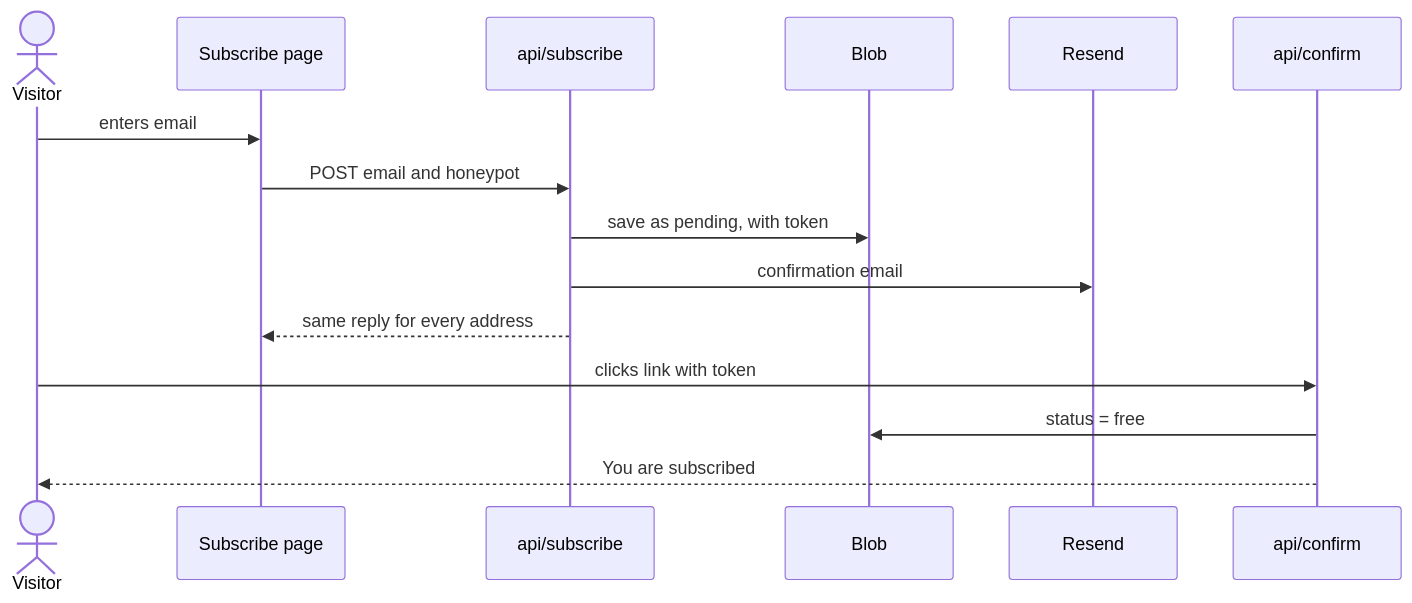
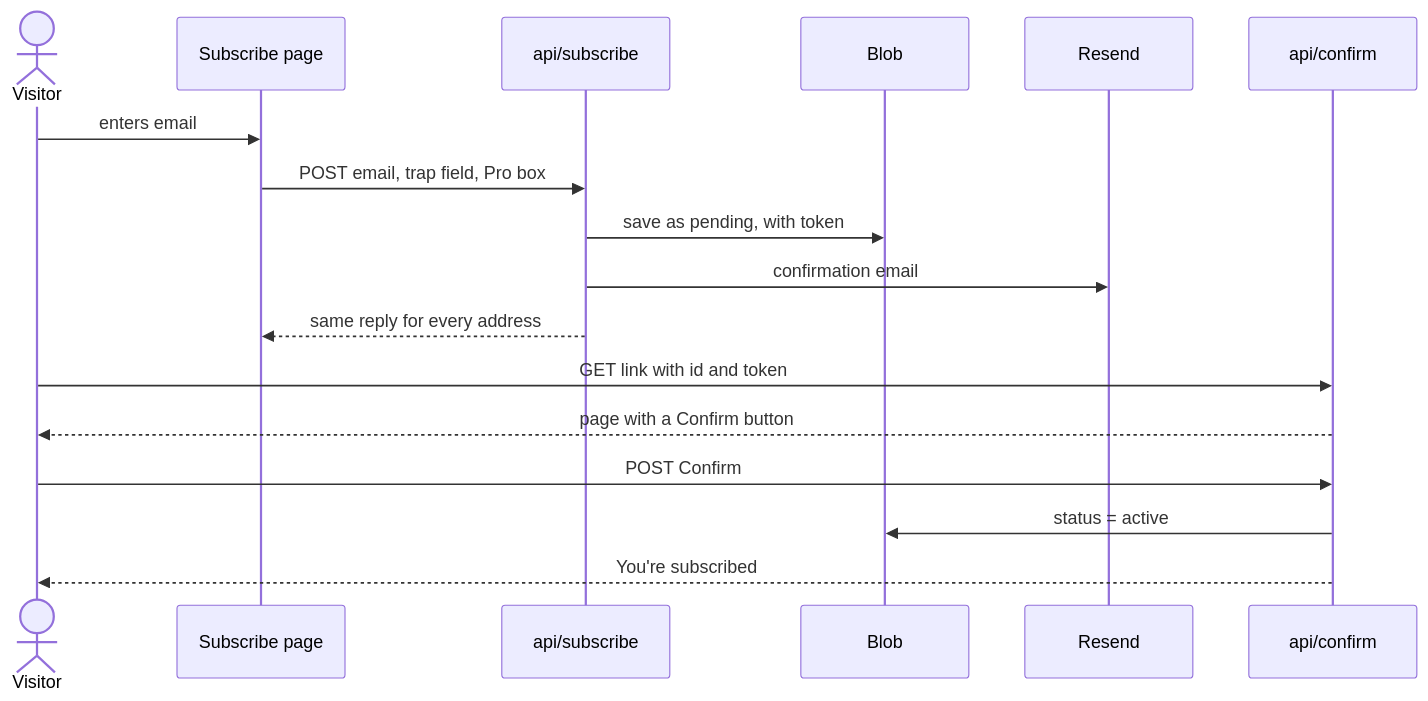
The second of 6 diagrams in docs/subscriptions/architecture.md (bhawnamanglapm/travel-problem-radar-case-study), drawn with Mermaid before and after one commit. The commit also changed other lines of this file and 1 other file, not shown here.

````diff
--- a/docs/subscriptions/architecture.md
+++ b/docs/subscriptions/architecture.md
@@ -63,17 +67,19 @@
 ```mermaid
 sequenceDiagram
   actor U as Visitor
   participant P as Subscribe page
   participant S as api/subscribe
   participant B as Blob
   participant R as Resend
   participant C as api/confirm
   U->>P: enters email
-  P->>S: POST email and honeypot
+  P->>S: POST email, trap field, Pro box
   S->>B: save as pending, with token
   S->>R: confirmation email
   S-->>P: same reply for every address
-  U->>C: clicks link with token
-  C->>B: status = free
-  C-->>U: You are subscribed
+  U->>C: GET link with id and token
+  C-->>U: page with a Confirm button
+  U->>C: POST Confirm
+  C->>B: status = active
+  C-->>U: You're subscribed
 ```
````
